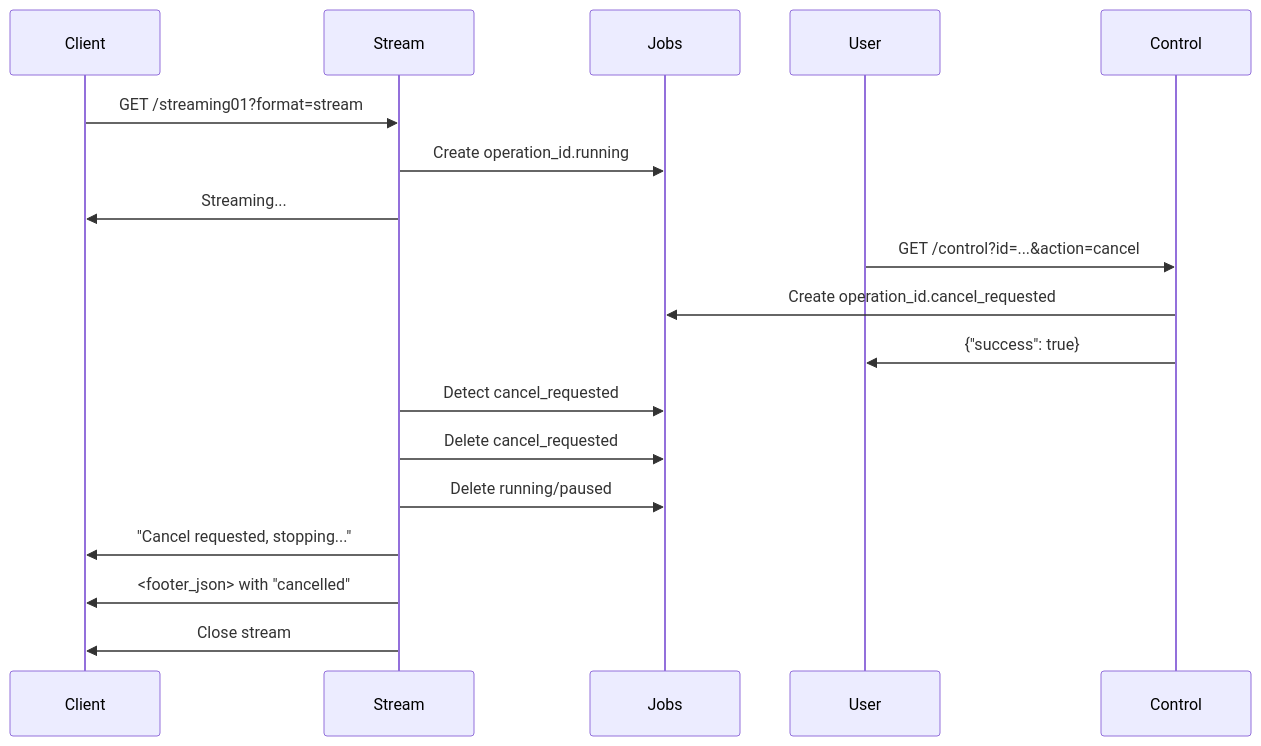
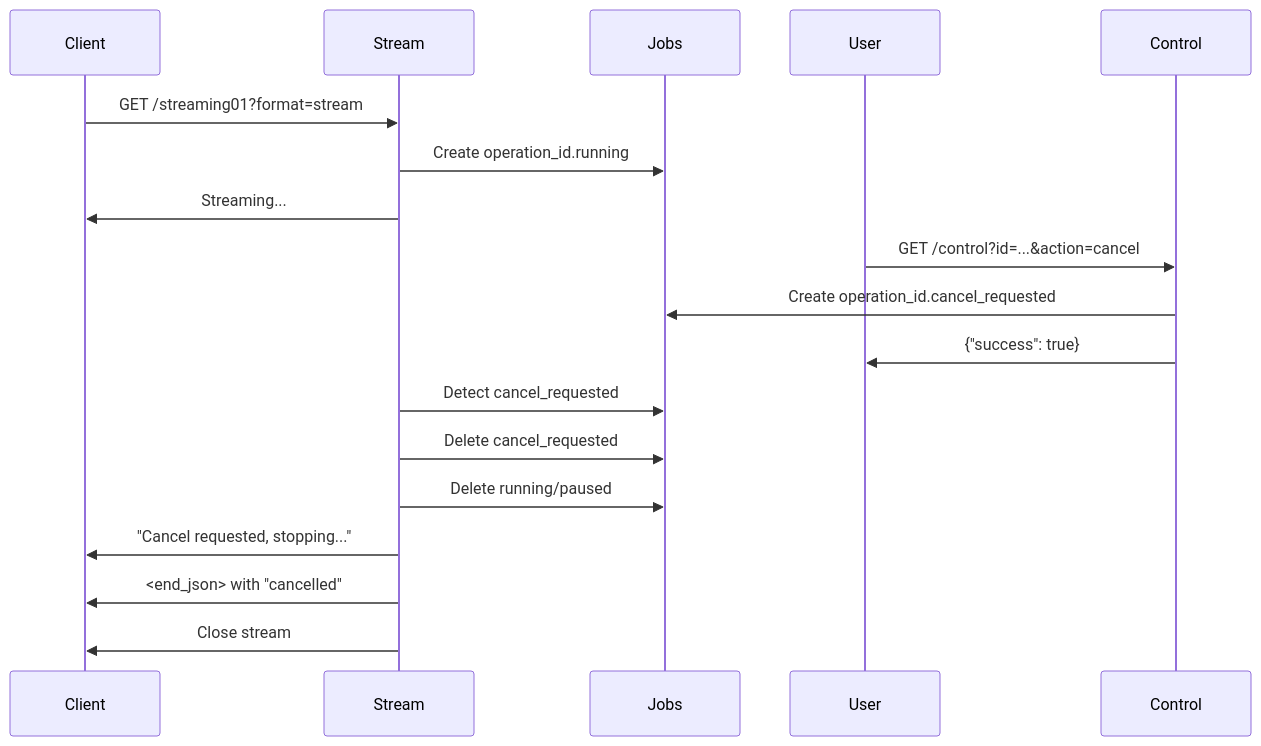
Before and after one commit to karstenheld3/SharePoint-GPT-Middleware: the third of 3 diagrams in _V1_STREAMING_PROTOTYPE.md, drawn with Mermaid. The commit also changed other lines of this file and 7 other files, not shown here.

````diff
--- a/_V1_STREAMING_PROTOTYPE.md
+++ b/_V1_STREAMING_PROTOTYPE.md
@@ -264,17 +264,17 @@
 ```mermaid
 sequenceDiagram
     Client->>Stream: GET /streaming01?format=stream
     Stream->>Jobs: Create operation_id.running
     Stream->>Client: Streaming...
     
     User->>Control: GET /control?id=...&action=cancel
     Control->>Jobs: Create operation_id.cancel_requested
     Control->>User: {"success": true}
     
     Stream->>Jobs: Detect cancel_requested
     Stream->>Jobs: Delete cancel_requested
     Stream->>Jobs: Delete running/paused
     Stream->>Client: "Cancel requested, stopping..."
-    Stream->>Client: <footer_json> with "cancelled"
+    Stream->>Client: <end_json> with "cancelled"
     Stream->>Client: Close stream
 ```
````
